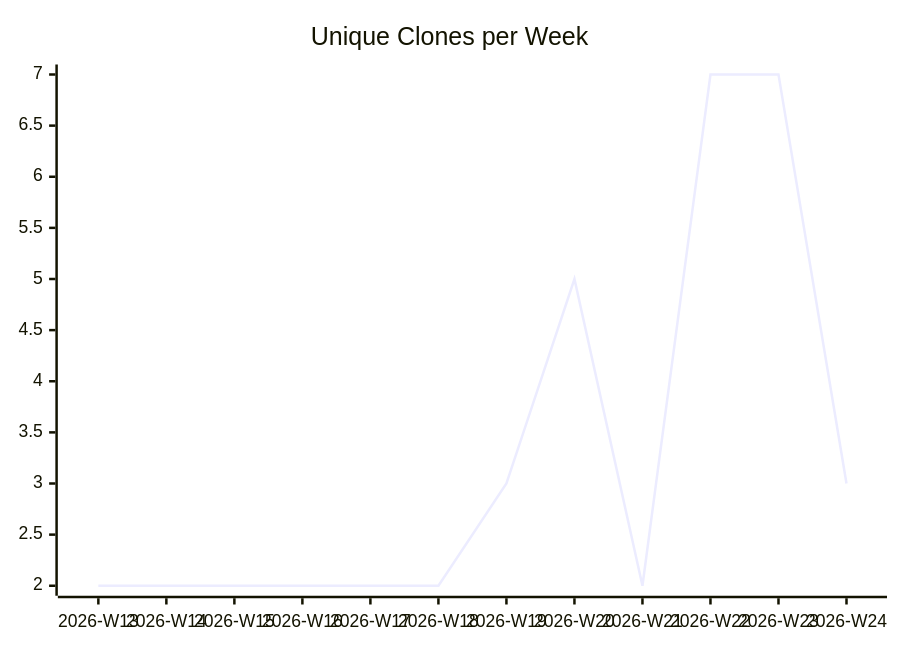
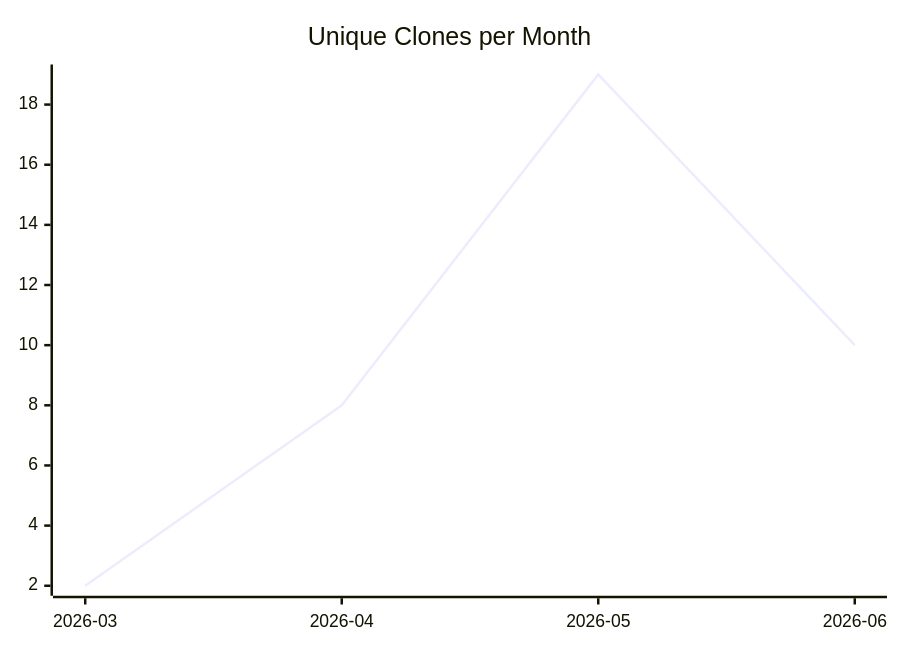
Before and after one commit to justdavis-family/github-analytics-data: the third of 3 diagrams in karlmdavis/rps-tourney/README.md, drawn with Mermaid. The commit also changed other lines of this file and 198 other files, not shown here.

````diff
--- a/karlmdavis/rps-tourney/README.md
+++ b/karlmdavis/rps-tourney/README.md
@@ -19,6 +19,6 @@
 ```mermaid
 xychart-beta
-  title "Unique Clones per Week"
-  x-axis ["2026-W13", "2026-W14", "2026-W15", "2026-W16", "2026-W17", "2026-W18", "2026-W19", "2026-W20", "2026-W21", "2026-W22", "2026-W23", "2026-W24"]
-  line [2, 2, 2, 2, 2, 2, 3, 5, 2, 7, 7, 3]
+  title "Unique Clones per Month"
+  x-axis ["2026-03", "2026-04", "2026-05", "2026-06"]
+  line [2, 8, 19, 10]
 ```
````
